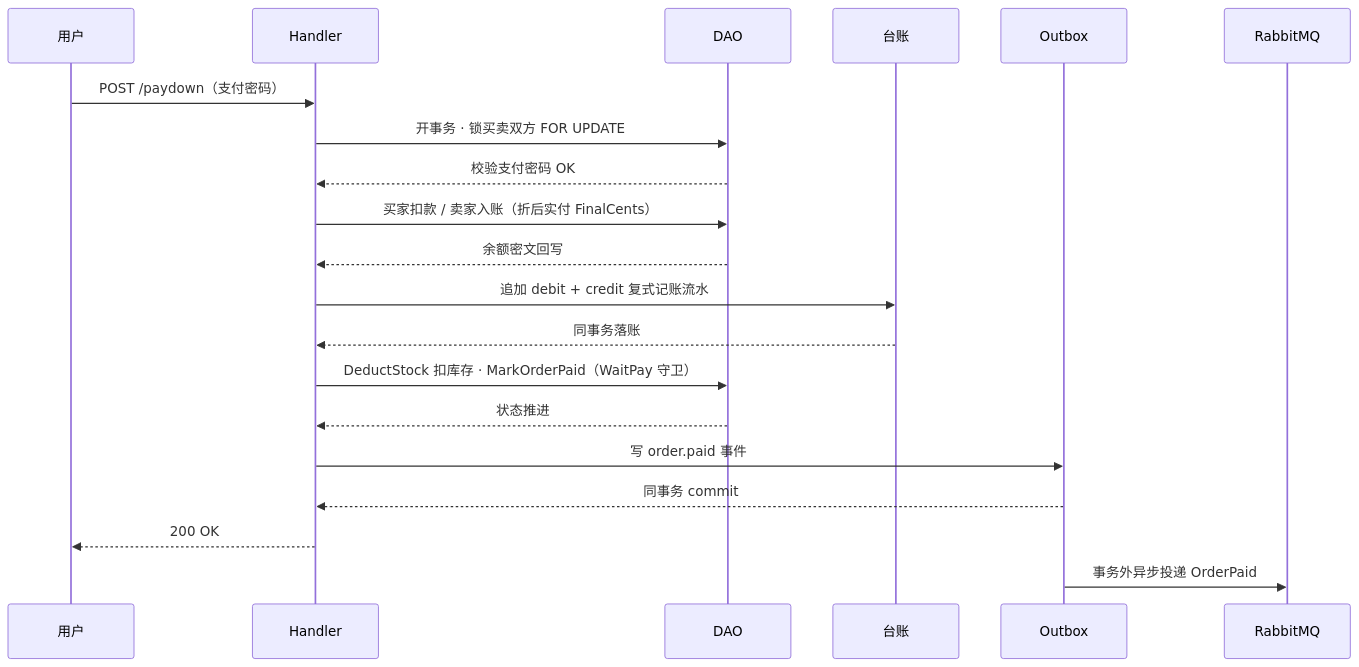
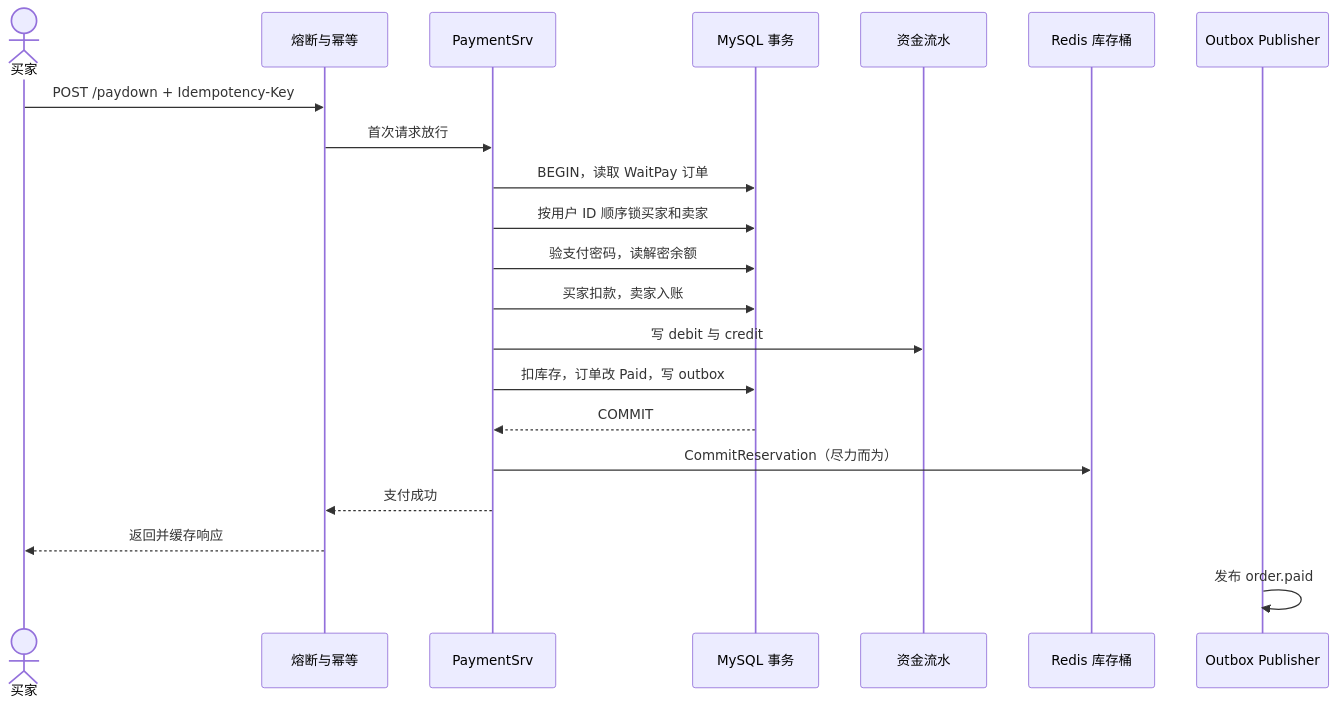
Before and after one commit to RedInn7/gomall: the diagram in docs/lecture/05-payment.md, drawn with Mermaid. The commit also changed other lines of this file and 2 other files, not shown here.

````diff
--- a/docs/lecture/05-payment.md
+++ b/docs/lecture/05-payment.md
@@ -291,23 +67,24 @@
 ```mermaid
 sequenceDiagram
-    participant u as 用户
-    participant h as Handler
-    participant d as DAO
-    participant l as 台账
-    participant o as Outbox
-    participant q as RabbitMQ
+    actor User as 买家
+    participant MW as 熔断与幂等
+    participant Pay as PaymentSrv
+    participant DB as MySQL 事务
+    participant Ledger as 资金流水
+    participant Redis as Redis 库存桶
+    participant Pub as Outbox Publisher
 
-    u->>h: POST /paydown（支付密码）
-    h->>d: 开事务 · 锁买卖双方 FOR UPDATE
-    d-->>h: 校验支付密码 OK
-    h->>d: 买家扣款 / 卖家入账（折后实付 FinalCents）
-    d-->>h: 余额密文回写
-    h->>l: 追加 debit + credit 复式记账流水
-    l-->>h: 同事务落账
-    h->>d: DeductStock 扣库存 · MarkOrderPaid（WaitPay 守卫）
-    d-->>h: 状态推进
-    h->>o: 写 order.paid 事件
-    o-->>h: 同事务 commit
-    h-->>u: 200 OK
-    o->>q: 事务外异步投递 OrderPaid
+    User->>MW: POST /paydown + Idempotency-Key
+    MW->>Pay: 首次请求放行
+    Pay->>DB: BEGIN，读取 WaitPay 订单
+    Pay->>DB: 按用户 ID 顺序锁买家和卖家
+    Pay->>DB: 验支付密码，读解密余额
+    Pay->>DB: 买家扣款，卖家入账
+    Pay->>Ledger: 写 debit 与 credit
+    Pay->>DB: 扣库存，订单改 Paid，写 outbox
+    DB-->>Pay: COMMIT
+    Pay->>Redis: CommitReservation（尽力而为）
+    Pay-->>MW: 支付成功
+    MW-->>User: 返回并缓存响应
+    Pub->>Pub: 发布 order.paid
 ```
````
